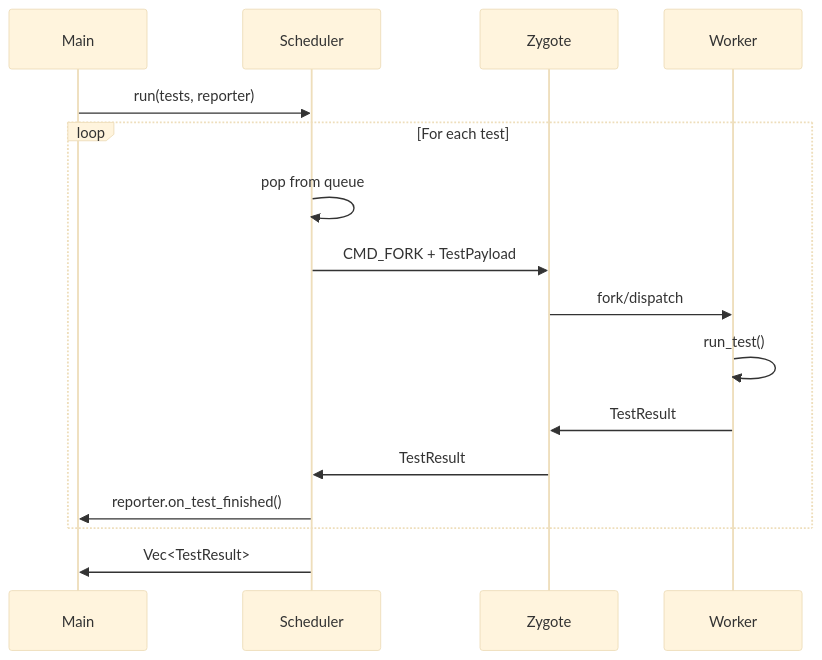
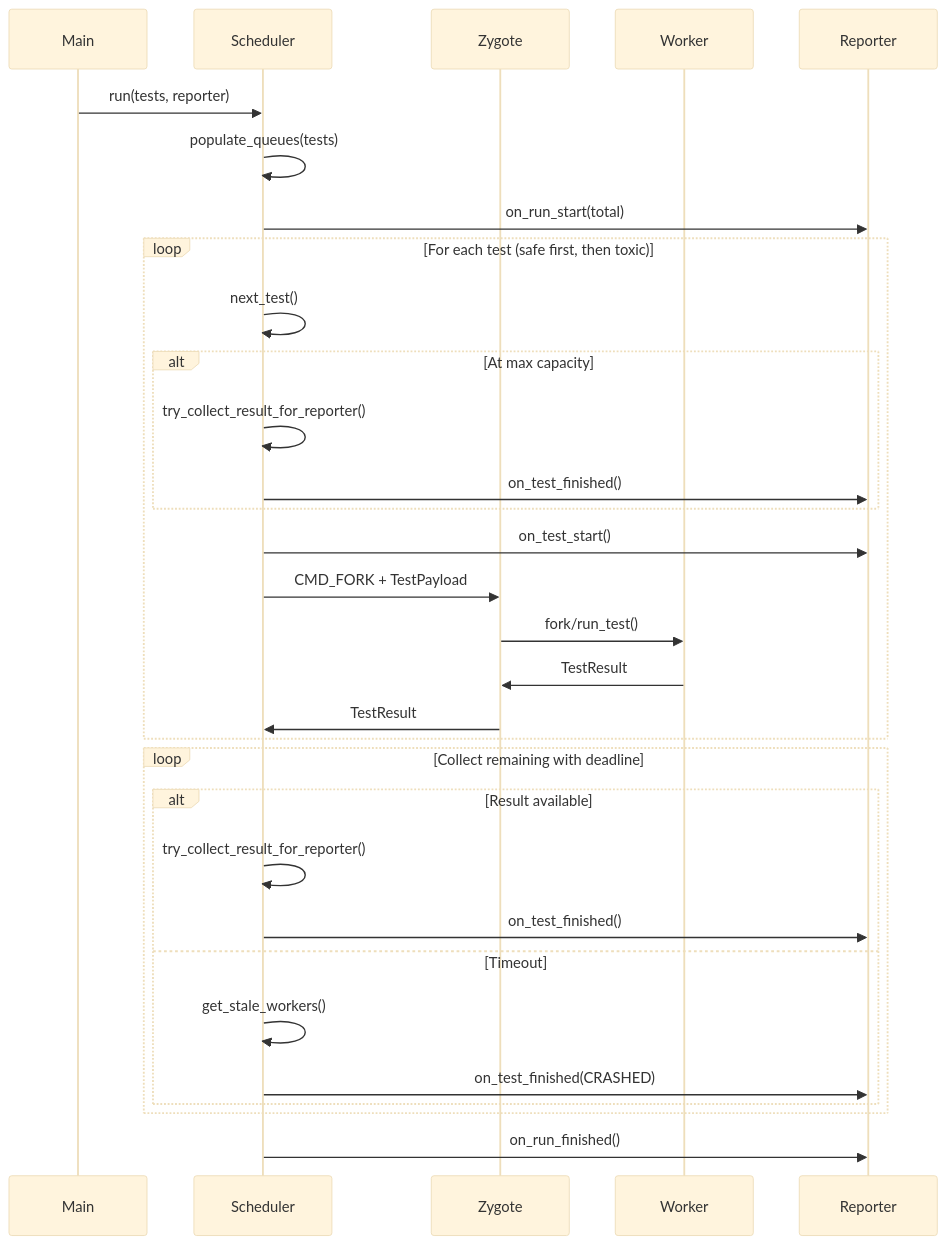
One commit to NikkeTryHard/tach-core changed the second of 2 diagrams in docs/architecture/scheduler.md. Above: the diagram before and after it, drawn with Mermaid (base theme). The commit also changed other lines of this file and 34 other files, not shown here.

````diff
--- a/docs/architecture/scheduler.md
+++ b/docs/architecture/scheduler.md
@@ -266,21 +247,36 @@
 ```mermaid
 sequenceDiagram
     participant Main
     participant Sched as Scheduler
     participant Zyg as Zygote
     participant Work as Worker
+    participant Rep as Reporter
 
     Main->>Sched: run(tests, reporter)
+    Sched->>Sched: populate_queues(tests)
+    Sched->>Rep: on_run_start(total)
 
-    loop For each test
-        Sched->>Sched: pop from queue
+    loop For each test (safe first, then toxic)
+        Sched->>Sched: next_test()
+        alt At max capacity
+            Sched->>Sched: try_collect_result_for_reporter()
+            Sched->>Rep: on_test_finished()
+        end
+        Sched->>Rep: on_test_start()
         Sched->>Zyg: CMD_FORK + TestPayload
-        Zyg->>Work: fork/dispatch
-        Work->>Work: run_test()
+        Zyg->>Work: fork/run_test()
         Work->>Zyg: TestResult
         Zyg->>Sched: TestResult
-        Sched->>Main: reporter.on_test_finished()
     end
 
-    Sched->>Main: Vec<TestResult>
+    loop Collect remaining with deadline
+        alt Result available
+            Sched->>Sched: try_collect_result_for_reporter()
+            Sched->>Rep: on_test_finished()
+        else Timeout
+            Sched->>Sched: get_stale_workers()
+            Sched->>Rep: on_test_finished(CRASHED)
+        end
+    end
+    Sched->>Rep: on_run_finished()
 ```
````
